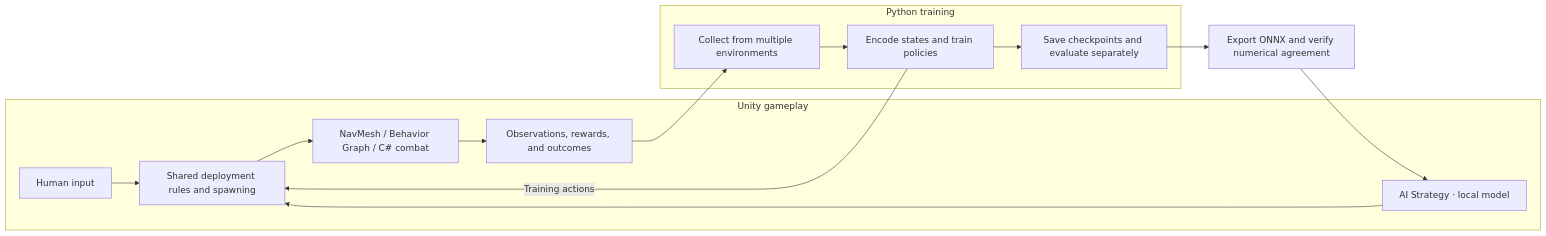
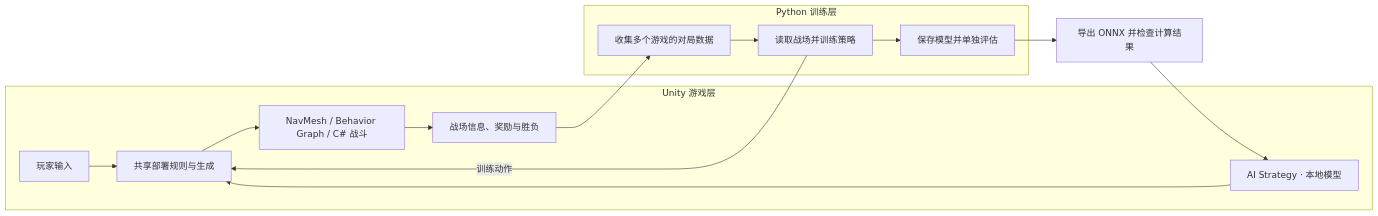
The diagram in README.md (xvchengxvcheng/dino-attack-flow-rl), drawn with Mermaid before and after one commit. The commit also changed other lines of this file and 3 other files, not shown here.

````diff
--- a/README.md
+++ b/README.md
@@ -128,17 +128,17 @@
 ```mermaid
 flowchart LR
-    subgraph U["Unity gameplay"]
-        H["Human input"] --> D["Shared deployment rules and spawning"]
-        I["AI Strategy · local model"] --> D
-        D --> B["NavMesh / Behavior Graph / C# combat"]
-        B --> S["Observations, rewards, and outcomes"]
+    subgraph U["Unity 游戏层"]
+        H["玩家输入"] --> D["共享部署规则与生成"]
+        I["AI Strategy · 本地模型"] --> D
+        D --> B["NavMesh / Behavior Graph / C# 战斗"]
+        B --> S["战场信息、奖励与胜负"]
     end
-    subgraph P["Python training"]
-        E["Collect from multiple environments"] --> T["Encode states and train policies"]
-        T --> C["Save checkpoints and evaluate separately"]
+    subgraph P["Python 训练层"]
+        E["收集多个游戏的对局数据"] --> T["读取战场并训练策略"]
+        T --> C["保存模型并单独评估"]
     end
     S --> E
-    T -->|"Training actions"| D
-    C --> O["Export ONNX and verify numerical agreement"]
+    T -->|"训练动作"| D
+    C --> O["导出 ONNX 并检查计算结果"]
     O --> I
 ```
````
